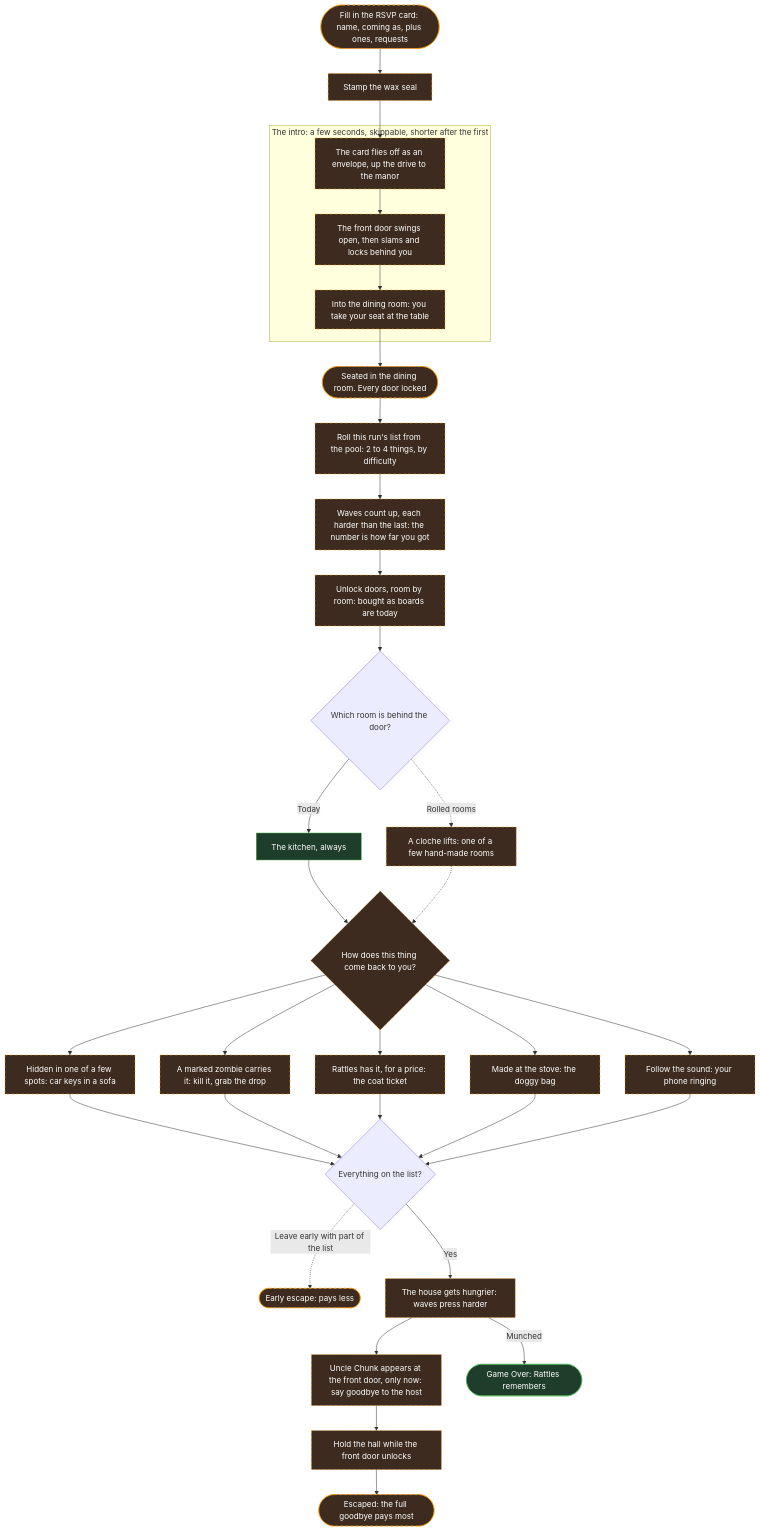
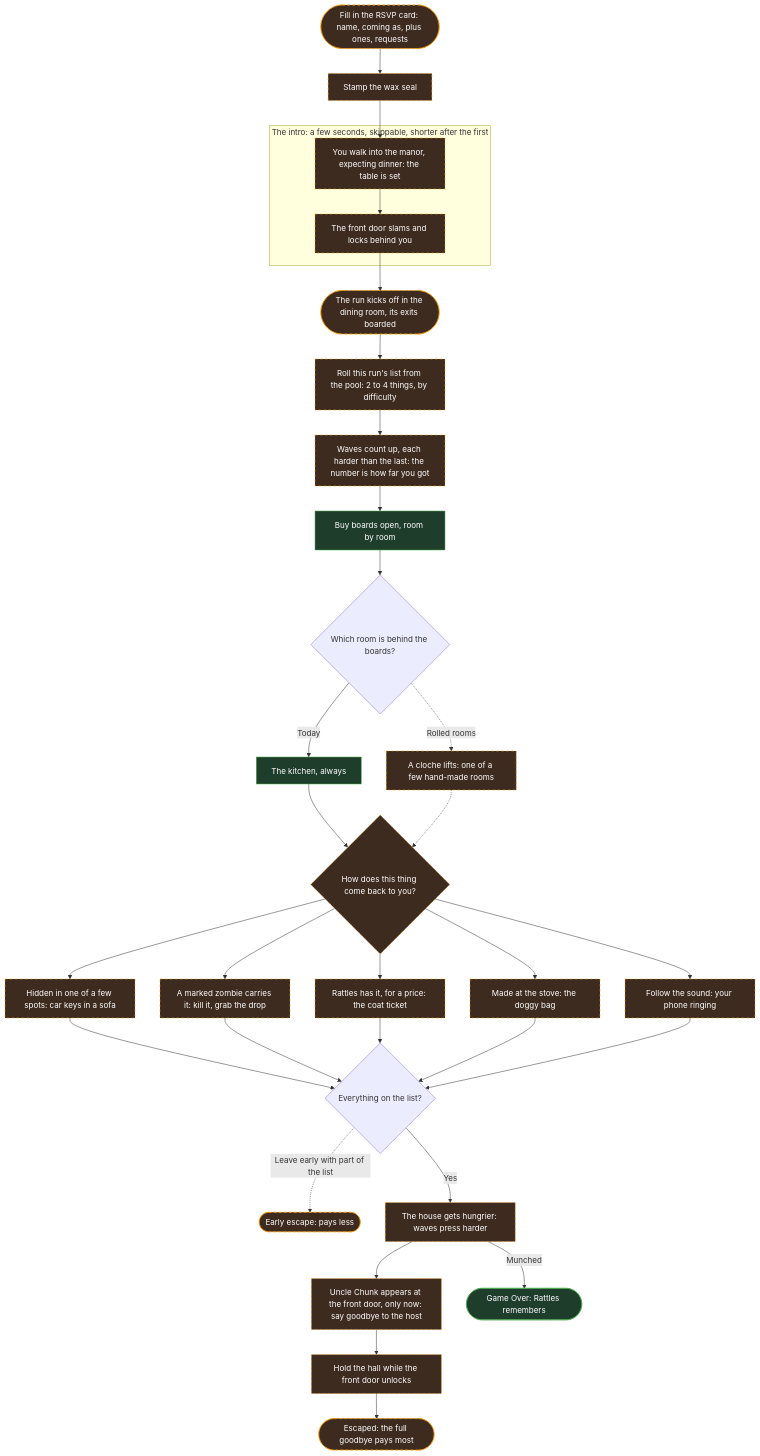
Before and after one commit to Tanner-Scadden/munch-manor: the fourth of 6 diagrams in FLOW.md, drawn with Mermaid. The commit also changed other lines of this file and 2 other files, not shown here.

Commit message:
docs: the intro is the front door locking behind you, and the boards stay
The intro flew an envelope to the manor and swapped the boards for locked doors. It is now simpler: you walk into the manor expecting dinner, the front door slams and locks behind you, and that kicks the run off. The dining room's other exits stay boarded and are bought open as today.

````diff
--- a/FLOW.md
+++ b/FLOW.md
@@ -119,48 +119,47 @@
 ```mermaid
 flowchart TD
   rsvp([Fill in the RSVP card: name, coming as, plus ones, requests]):::proposed --> seal
   seal[Stamp the wax seal]:::proposed --> intro
 
   subgraph Intro [The intro: a few seconds, skippable, shorter after the first]
-    intro[The card flies off as an envelope, up the drive to the manor]:::proposed --> door[The front door swings open, then slams and locks behind you]:::proposed
-    door --> sit[Into the dining room: you take your seat at the table]:::proposed
+    intro[You walk into the manor, expecting dinner: the table is set]:::proposed --> door[The front door slams and locks behind you]:::proposed
   end
 
-  sit --> arrive
-  arrive([Seated in the dining room. Every door locked]):::proposed --> list
+  door --> arrive
+  arrive([The run kicks off in the dining room, its exits boarded]):::proposed --> list
 
   list[Roll this run's list from the pool: 2 to 4 things, by difficulty]:::proposed --> waves
   waves[Waves count up, each harder than the last: the number is how far you got]:::proposed --> explore
 
-  explore[Unlock doors, room by room: bought as boards are today]:::proposed --> roomRoll{Which room is behind the door?}
+  explore[Buy boards open, room by room]:::built --> roomRoll{Which room is behind the boards?}
   roomRoll -->|Today| fixedRoom[The kitchen, always]:::built
   roomRoll -.->|Rolled rooms| dish[A cloche lifts: one of a few hand-made rooms]:::proposed
 
   fixedRoom --> hunt
   dish -.-> hunt
 
   hunt{How does this thing come back to you?}:::proposed
   hunt --> hidden[Hidden in one of a few spots: car keys in a sofa]:::proposed
   hunt --> carried[A marked zombie carries it: kill it, grab the drop]:::proposed
   hunt --> bought[Rattles has it, for a price: the coat ticket]:::proposed
   hunt --> cooked[Made at the stove: the doggy bag]:::proposed
   hunt --> heard[Follow the sound: your phone ringing]:::proposed
 
   hidden --> all
   carried --> all
   bought --> all
   cooked --> all
   heard --> all
   all{Everything on the list?}
 
   all -.->|Leave early with part of the list| early([Early escape: pays less]):::proposed
   all -->|Yes| hungry[The house gets hungrier: waves press harder]:::proposed
   hungry --> goodbye[Uncle Chunk appears at the front door, only now: say goodbye to the host]:::proposed
   goodbye --> holdout[Hold the hall while the front door unlocks]:::proposed
   holdout --> escaped([Escaped: the full goodbye pays most]):::proposed
 
   hungry -->|Munched| lost([Game Over: Rattles remembers]):::built
 
   classDef built fill:#1f3d2b,stroke:#4caf50,color:#fff
   classDef proposed fill:#3d2b1f,stroke:#ff9800,color:#fff,stroke-dasharray: 5 5
 ```
````
